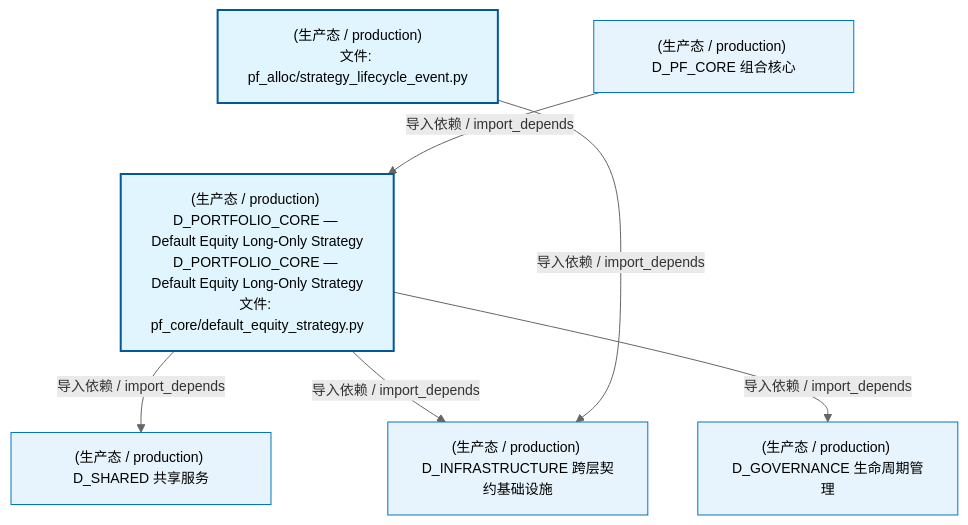
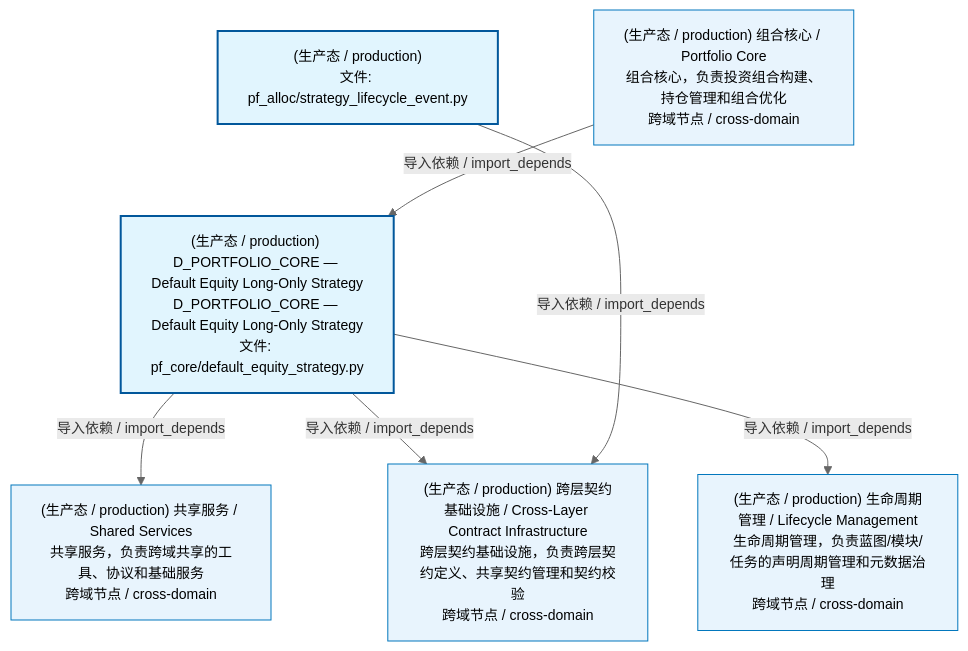
One commit to xuanFelixVan/ZephyrAlpha changed the first of 2 diagrams in docs/02_enterprise_architecture/02_domain_architecture_docs/62_d_pf_alloc.md. Above: the diagram before and after it, drawn with Mermaid. The commit also changed other lines of this file and 77 other files, not shown here.

````diff
--- a/docs/02_enterprise_architecture/02_domain_architecture_docs/62_d_pf_alloc.md
+++ b/docs/02_enterprise_architecture/02_domain_architecture_docs/62_d_pf_alloc.md
@@ -53,22 +53,22 @@
 ```mermaid
 %%{init: {'theme': 'base', 'themeVariables': {'primaryColor': '#eaeaea', 'primaryTextColor': '#333333', 'primaryBorderColor': '#666666', 'lineColor': '#666666', 'secondaryColor': '#eaeaea', 'tertiaryColor': '#eaeaea', 'fontSize': '14px'}}}%%
 flowchart TD
     src_zephyr_pf_alloc_strategy_lifecycle_event_py["(生产态 / production)<br/>文件: pf_alloc/strategy_lifecycle_event.py"]
     src_zephyr_pf_core_default_equity_strategy_py["(生产态 / production) D_PORTFOLIO_CORE — Default Equity Long-Only Strategy<br/>D_PORTFOLIO_CORE — Default Equity Long-Only Strategy<br/>文件: pf_core/default_equity_strategy.py"]
     src_zephyr_pf_alloc_strategy_lifecycle_event_py ~~~ src_zephyr_pf_core_default_equity_strategy_py
-    D_SHARED["(生产态 / production) D_SHARED 共享服务"]
+    D_SHARED["(生产态 / production) 共享服务 / Shared Services<br/>共享服务，负责跨域共享的工具、协议和基础服务<br/>跨域节点 / cross-domain"]
     src_zephyr_pf_core_default_equity_strategy_py -->|导入依赖 / import_depends| D_SHARED
-    D_INFRASTRUCTURE["(生产态 / production) D_INFRASTRUCTURE 跨层契约基础设施"]
+    D_INFRASTRUCTURE["(生产态 / production) 跨层契约基础设施 / Cross-Layer Contract Infrastructure<br/>跨层契约基础设施，负责跨层契约定义、共享契约管理和契约校验<br/>跨域节点 / cross-domain"]
     src_zephyr_pf_core_default_equity_strategy_py -->|导入依赖 / import_depends| D_INFRASTRUCTURE
-    D_GOVERNANCE["(生产态 / production) D_GOVERNANCE 生命周期管理"]
+    D_GOVERNANCE["(生产态 / production) 生命周期管理 / Lifecycle Management<br/>生命周期管理，负责蓝图/模块/任务的声明周期管理和元数据治理<br/>跨域节点 / cross-domain"]
     src_zephyr_pf_core_default_equity_strategy_py -->|导入依赖 / import_depends| D_GOVERNANCE
     src_zephyr_pf_alloc_strategy_lifecycle_event_py -->|导入依赖 / import_depends| D_INFRASTRUCTURE
-    D_PF_CORE["(生产态 / production) D_PF_CORE 组合核心"]
+    D_PF_CORE["(生产态 / production) 组合核心 / Portfolio Core<br/>组合核心，负责投资组合构建、持仓管理和组合优化<br/>跨域节点 / cross-domain"]
     D_PF_CORE -->|导入依赖 / import_depends| src_zephyr_pf_core_default_equity_strategy_py
     classDef production fill:#e1f5fe,stroke:#01579b,stroke-width:2px,color:#000
     classDef design fill:#fff3e0,stroke:#e65100,stroke-width:2px,color:#000,stroke-dasharray: 5 5
     classDef external_prod fill:#e8f4fd,stroke:#0277bd,stroke-width:1px,color:#000
     classDef external_design fill:#fff8e7,stroke:#ef6c00,stroke-width:1px,color:#000,stroke-dasharray: 5 5
     class src_zephyr_pf_alloc_strategy_lifecycle_event_py,src_zephyr_pf_core_default_equity_strategy_py production
     class D_SHARED,D_INFRASTRUCTURE,D_GOVERNANCE,D_PF_CORE external_prod
 ```
````
